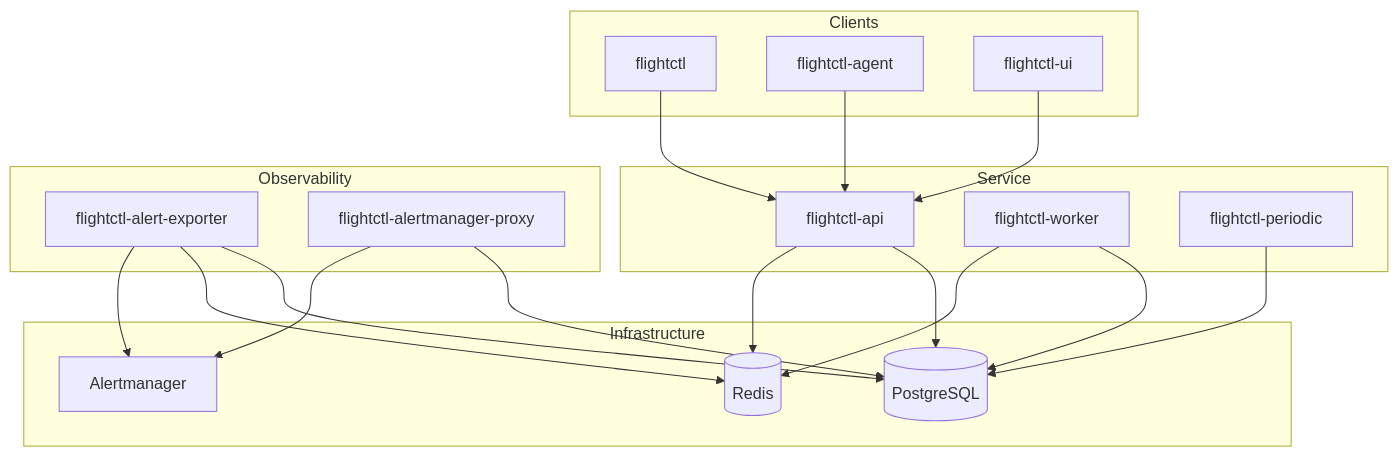
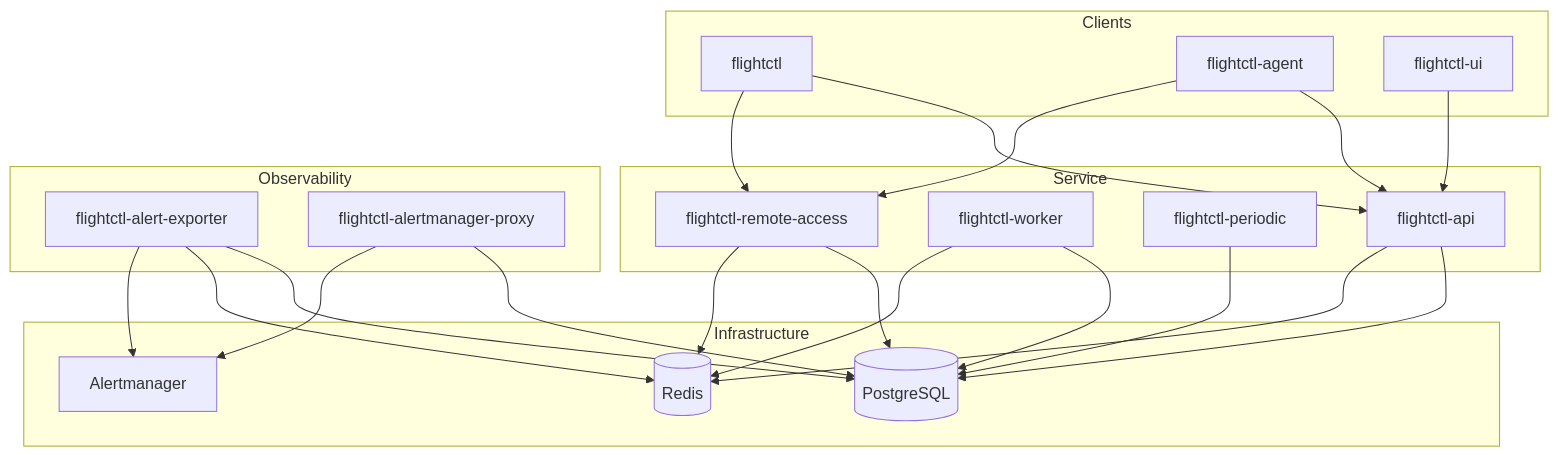
One commit to flightctl/flightctl changed the diagram in docs/user/references/components.md. Above: the diagram before and after it, drawn with Mermaid. The commit also changed other lines of this file and 4 other files, not shown here.

First line of the commit message:
EDM-4161/EDM-4101: user documentation for VM applications and remote-access service

````diff
--- a/docs/user/references/components.md
+++ b/docs/user/references/components.md
@@ -184,41 +196,47 @@
 ```mermaid
 graph TD
     subgraph Infrastructure
         PG[(PostgreSQL)]
         Redis[(Redis)]
         AM[Alertmanager]
     end
 
     subgraph Service
         API[flightctl-api]
         Worker[flightctl-worker]
         Periodic[flightctl-periodic]
+        RA[flightctl-remote-access]
     end
 
     subgraph Observability
         AlertExp[flightctl-alert-exporter]
         AlertProxy[flightctl-alertmanager-proxy]
     end
 
     subgraph Clients
         CLI[flightctl]
         Agent[flightctl-agent]
         UI[flightctl-ui]
     end
 
     API --> PG
     API --> Redis
     Worker --> PG
     Worker --> Redis
     Periodic --> PG
 
     AlertExp --> PG
     AlertExp --> Redis
     AlertExp --> AM
     AlertProxy --> PG
     AlertProxy --> AM
 
+    RA --> PG
+    RA --> Redis
+
     UI --> API
     CLI --> API
+    CLI --> RA
     Agent --> API
+    Agent --> RA
 ```
````
